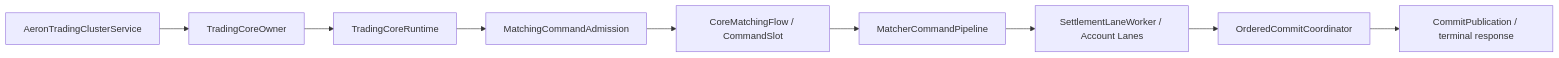
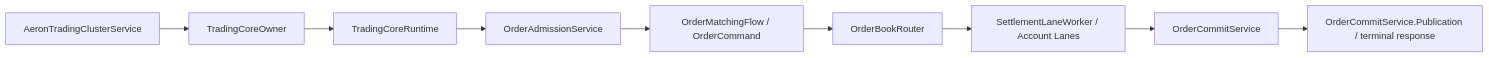
One commit to lilaizhencn/surprising-ex changed the diagram in surprising-aeron-core/surprising-aeron-service/README.md. Above: the diagram before and after it, drawn with Mermaid. The commit also changed other lines of this file and 14 other files, not shown here.

First line of the commit message:
docs(aeron): align architecture docs with the current order path

````diff
--- a/surprising-aeron-core/surprising-aeron-service/README.md
+++ b/surprising-aeron-core/surprising-aeron-service/README.md
@@ -26,11 +26,11 @@
 ```mermaid
 flowchart LR
     Callback[AeronTradingClusterService] --> Owner[TradingCoreOwner]
     Owner --> Runtime[TradingCoreRuntime]
-    Runtime --> Admission[MatchingCommandAdmission]
-    Admission --> Flow[CoreMatchingFlow / CommandSlot]
-    Flow --> Matcher[MatcherCommandPipeline]
+    Runtime --> Admission[OrderAdmissionService]
+    Admission --> Flow[OrderMatchingFlow / OrderCommand]
+    Flow --> Matcher[OrderBookRouter]
     Matcher --> Lanes[SettlementLaneWorker / Account Lanes]
-    Lanes --> Commit[OrderedCommitCoordinator]
-    Commit --> Output[CommitPublication / terminal response]
+    Lanes --> Commit[OrderCommitService]
+    Commit --> Output[OrderCommitService.Publication / terminal response]
 ```
````
